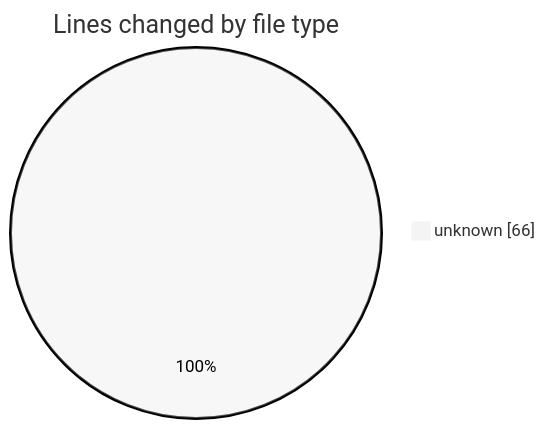
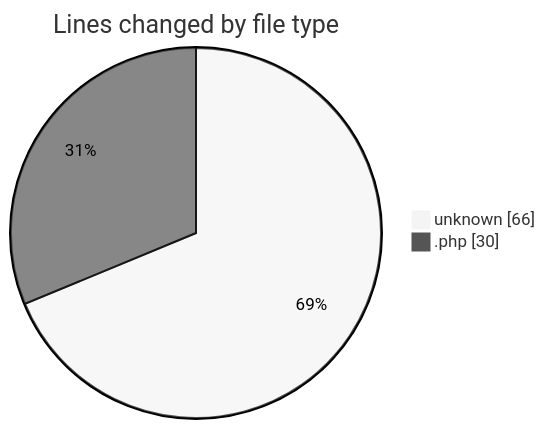
One commit to idhammustaqopulfikri/code-tracking changed the first of 2 diagrams in 2025-11-08/futsal/README.md. Above: the diagram before and after it, drawn with Mermaid (neutral theme). The commit also changed other lines of this file and 1 other file, not shown here.

````diff
--- a/2025-11-08/futsal/README.md
+++ b/2025-11-08/futsal/README.md
@@ -20,5 +21,6 @@
 ```mermaid
 pie showData
 title Lines changed by file type
 "unknown" : 66
+".php" : 30
 ```
````
